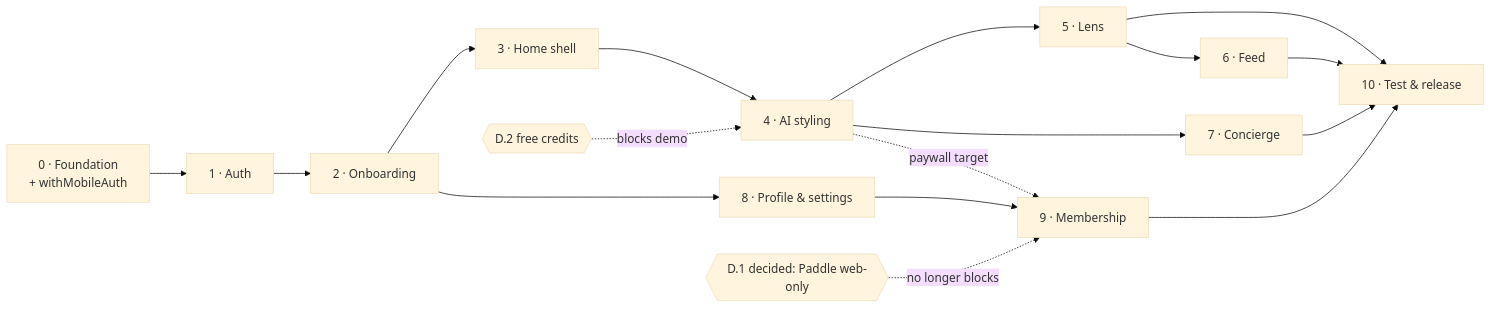
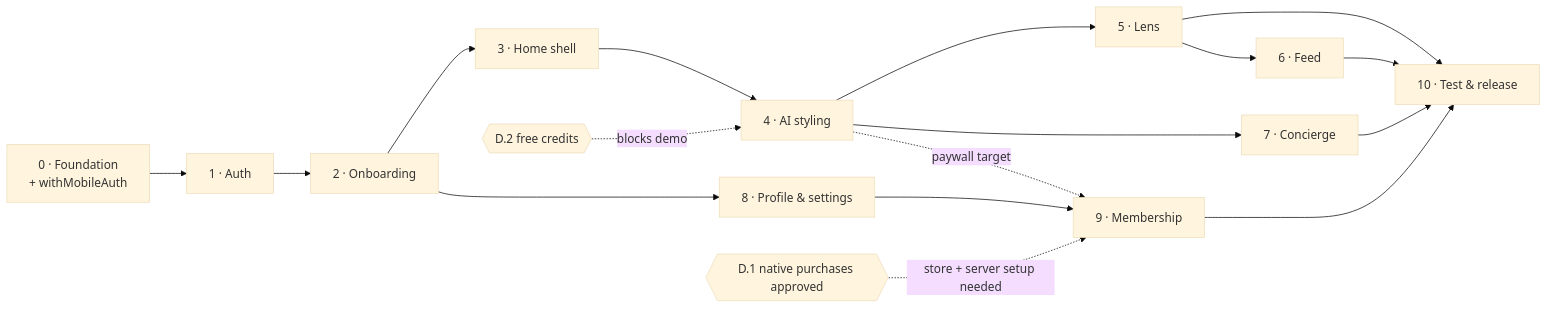
The fourth of 4 diagrams in docs/mobile-architecture.md (NXT-Official/MILA_MOBILE), drawn with Mermaid (base theme) before and after one commit. The commit also changed other lines of this file, not shown here.

First line of the commit message:
docs(architecture): revise D.1 and Phase 9 for the native-purchase decision

````diff
--- a/docs/mobile-architecture.md
+++ b/docs/mobile-architecture.md
@@ -4019,19 +4001,19 @@
 ```mermaid
 flowchart LR
   P0["0 · Foundation<br/>+ withMobileAuth"] --> P1["1 · Auth"]
   P1 --> P2["2 · Onboarding"]
   P2 --> P3["3 · Home shell"]
   P3 --> P4["4 · AI styling"]
   P4 --> P5["5 · Lens"]
   P5 --> P6["6 · Feed"]
   P4 --> P7["7 · Concierge"]
   P2 --> P8["8 · Profile & settings"]
   P4 -.->|"paywall target"| P9["9 · Membership"]
   P8 --> P9
   P5 --> P10["10 · Test & release"]
   P6 --> P10
   P7 --> P10
   P9 --> P10
-  D1{{"D.1 decided: Paddle web-only"}} -.->|"no longer blocks"| P9
+  D1{{"D.1 native purchases approved"}} -.->|"store + server setup needed"| P9
   D2{{"D.2 free credits"}} -.->|blocks demo| P4
 ```
````
